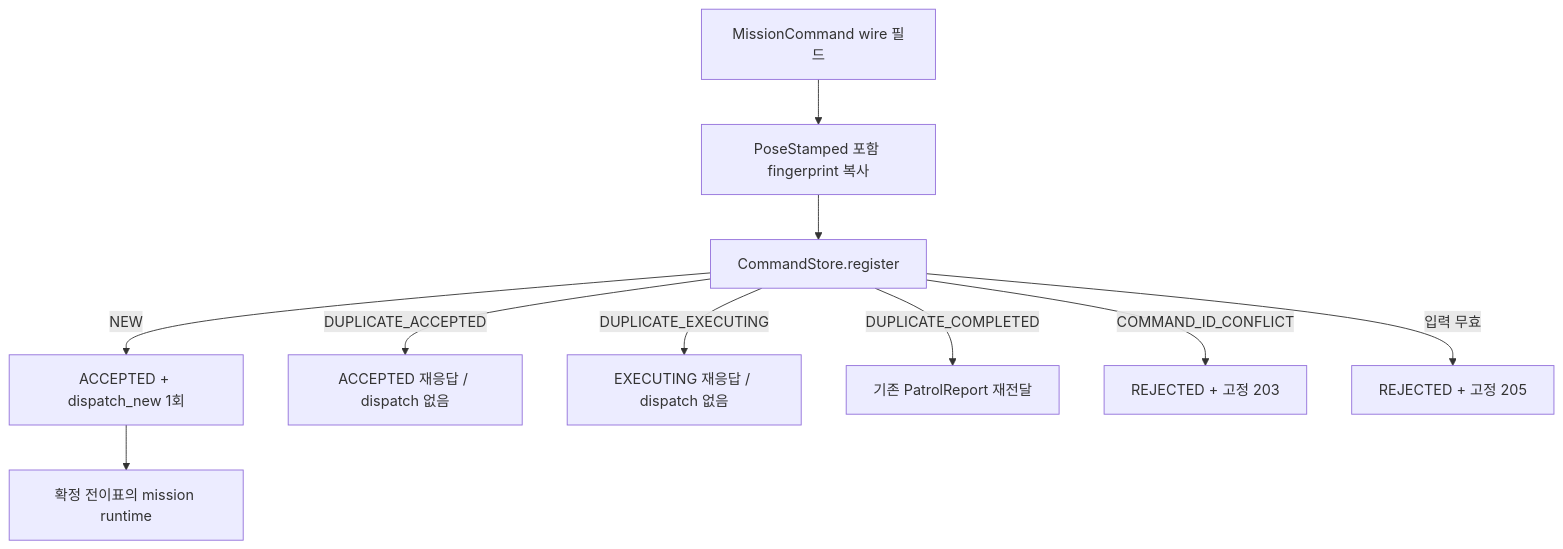
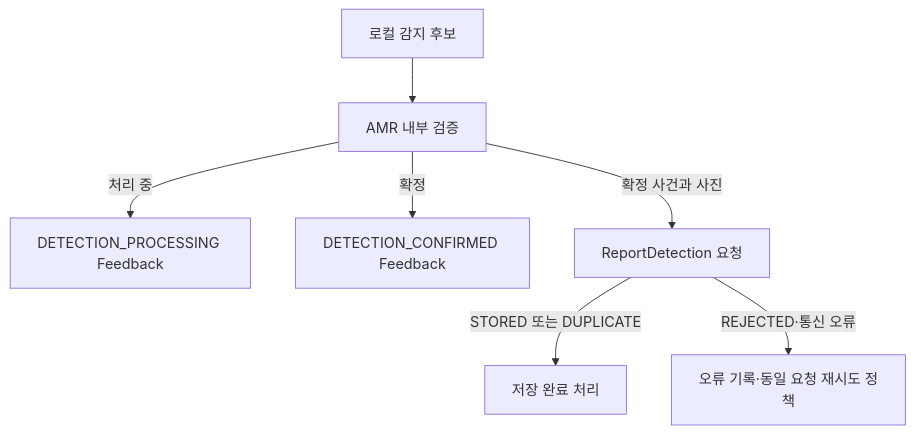
One commit to suuuhululu/patrol changed the third of 3 diagrams in docs/amr.md. Above: the diagram before and after it, drawn with Mermaid. The commit also changed other lines of this file and 16 other files, not shown here.

````diff
--- a/docs/amr.md
+++ b/docs/amr.md
@@ -206,12 +108,9 @@
-~~~mermaid
+```mermaid
 flowchart TD
-    RX[MissionCommand wire 필드] --> COPY[PoseStamped 포함 fingerprint 복사]
-    COPY --> STORE[CommandStore.register]
-    STORE -->|NEW| ACCEPT[ACCEPTED + dispatch_new 1회]
-    STORE -->|DUPLICATE_ACCEPTED| ACKA[ACCEPTED 재응답 / dispatch 없음]
-    STORE -->|DUPLICATE_EXECUTING| ACKE[EXECUTING 재응답 / dispatch 없음]
-    STORE -->|DUPLICATE_COMPLETED| REPORT[기존 PatrolReport 재전달]
-    STORE -->|COMMAND_ID_CONFLICT| REJECT[REJECTED + 고정 203]
-    STORE -->|입력 무효| INVALID[REJECTED + 고정 205]
-    ACCEPT --> PENDING[확정 전이표의 mission runtime]
-~~~
+    D[로컬 감지 후보] --> P[AMR 내부 검증]
+    P -->|처리 중| F1[DETECTION_PROCESSING Feedback]
+    P -->|확정| F2[DETECTION_CONFIRMED Feedback]
+    P -->|확정 사건과 사진| S[ReportDetection 요청]
+    S -->|STORED 또는 DUPLICATE| C[저장 완료 처리]
+    S -->|REJECTED·통신 오류| E[오류 기록·동일 요청 재시도 정책]
+```
````
